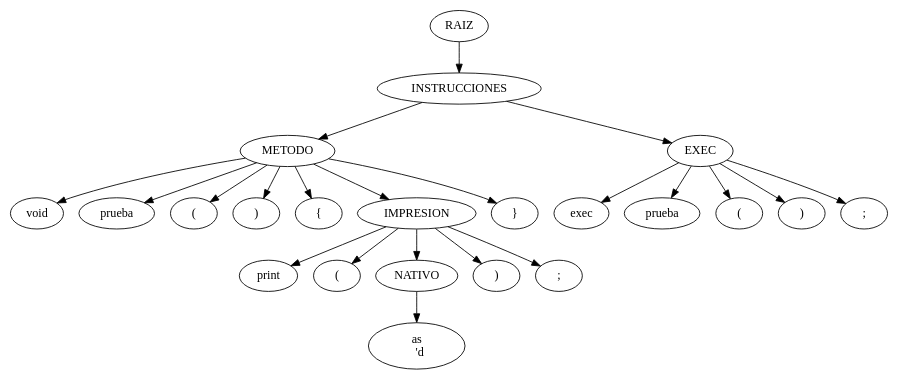
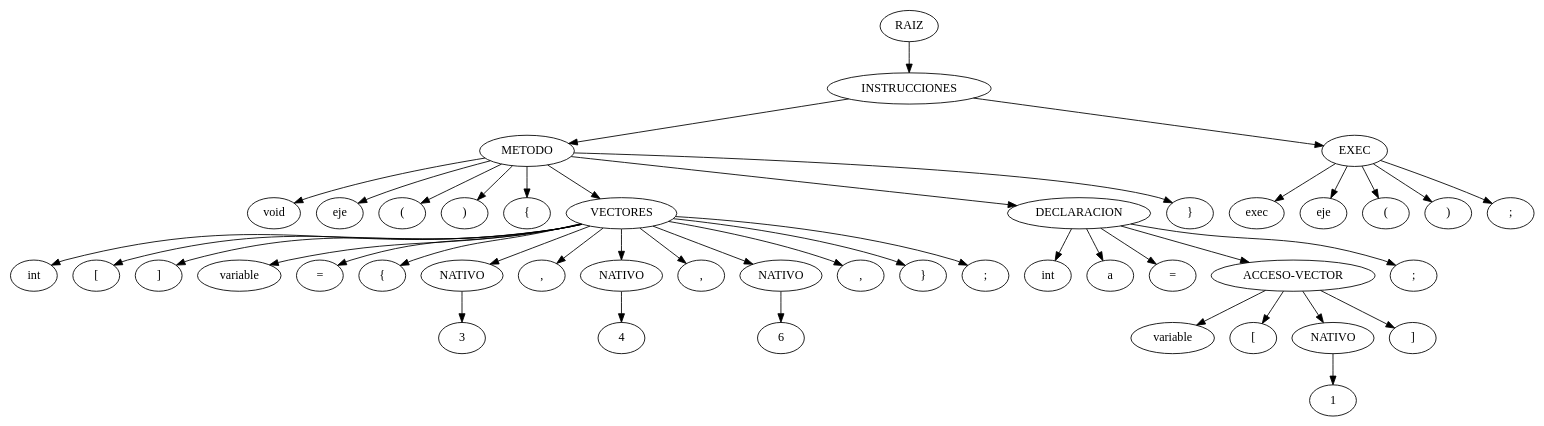
Before and after one commit to ByLy23/Typesty-Interpreter: the diagram in Backend/arbolAST.dot, drawn with Graphviz. The commit also changed 17 other files, not shown here.

Commit message:
acceso a vectores

```diff
--- a/Backend/arbolAST.dot
+++ b/Backend/arbolAST.dot
@@ -1,26 +1,47 @@
 digraph arbolAST{ 
       n0[label="RAIZ"];
       n1[label="INSTRUCCIONES"];
       n0 -> n1;n2[label="METODO"];
       n1 -> n2;n3[label="void"];
-      n2 -> n3;n4[label="prueba"];
+      n2 -> n3;n4[label="eje"];
       n2 -> n4;n5[label="("];
       n2 -> n5;n6[label=")"];
       n2 -> n6;n7[label="{"];
-      n2 -> n7;n8[label="IMPRESION"];
-      n2 -> n8;n9[label="print"];
-      n8 -> n9;n10[label="("];
-      n8 -> n10;n11[label="NATIVO"];
-      n8 -> n11;n12[label="as
- 	 \  'd"];
-      n11 -> n12;n13[label=")"];
-      n8 -> n13;n14[label=";"];
-      n8 -> n14;n15[label="}"];
-      n2 -> n15;n16[label="EXEC"];
-      n1 -> n16;n17[label="exec"];
-      n16 -> n17;n18[label="prueba"];
-      n16 -> n18;n19[label="("];
-      n16 -> n19;n20[label=")"];
-      n16 -> n20;n21[label=";"];
-      n16 -> n21;
+      n2 -> n7;n8[label="VECTORES"];
+      n2 -> n8;n9[label="int"];
+      n8 -> n9;n10[label="["];
+      n8 -> n10;n11[label="]"];
+      n8 -> n11;n12[label="variable"];
+      n8 -> n12;n13[label="="];
+      n8 -> n13;n14[label="{"];
+      n8 -> n14;n15[label="NATIVO"];
+      n8 -> n15;n16[label="3"];
+      n15 -> n16;n17[label=","];
+      n8 -> n17;n18[label="NATIVO"];
+      n8 -> n18;n19[label="4"];
+      n18 -> n19;n20[label=","];
+      n8 -> n20;n21[label="NATIVO"];
+      n8 -> n21;n22[label="6"];
+      n21 -> n22;n23[label=","];
+      n8 -> n23;n24[label="}"];
+      n8 -> n24;n25[label=";"];
+      n8 -> n25;n26[label="DECLARACION"];
+      n2 -> n26;n27[label="int"];
+      n26 -> n27;n28[label="a"];
+      n26 -> n28;n29[label="="];
+      n26 -> n29;n30[label="ACCESO-VECTOR"];
+      n26 -> n30;n31[label="variable"];
+      n30 -> n31;n32[label="["];
+      n30 -> n32;n33[label="NATIVO"];
+      n30 -> n33;n34[label="1"];
+      n33 -> n34;n35[label="]"];
+      n30 -> n35;n36[label=";"];
+      n26 -> n36;n37[label="}"];
+      n2 -> n37;n38[label="EXEC"];
+      n1 -> n38;n39[label="exec"];
+      n38 -> n39;n40[label="eje"];
+      n38 -> n40;n41[label="("];
+      n38 -> n41;n42[label=")"];
+      n38 -> n42;n43[label=";"];
+      n38 -> n43;
     }
```
